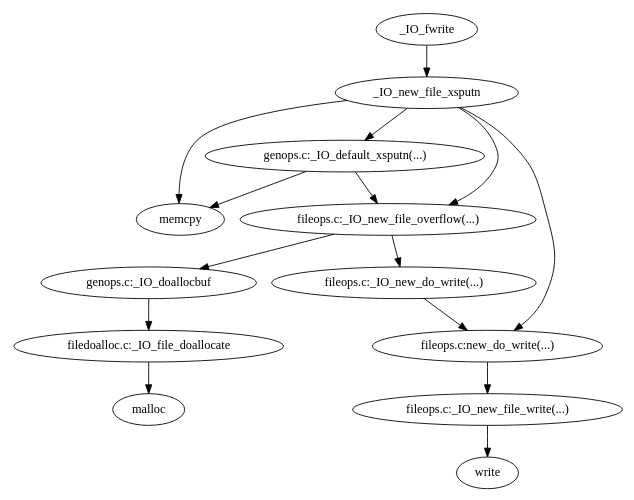
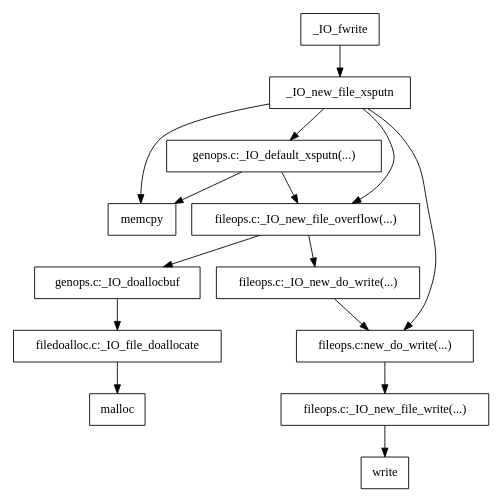
One commit to ReedLeo/ctf_practice changed the diagram in learn_heap/learn_io_pointer/fwrite/fwrite_call_graph.md. Above: the diagram before and after it, drawn with Graphviz. The commit also changed 4 other files, not shown here.

````diff
--- a/learn_heap/learn_io_pointer/fwrite/fwrite_call_graph.md
+++ b/learn_heap/learn_io_pointer/fwrite/fwrite_call_graph.md
@@ -1,33 +1,34 @@
 ```graphviz
 digraph fwrite_call_graph {
     rankdir=TD;
     size="8,5"
+    node[shape="box"]
 
     fwrite -> _IO_xputn;
         _IO_xputn -> memcpy;
         _IO_xputn -> _IO_OVERFLOW;
             _IO_OVERFLOW -> _IO_doallocbuf;
                 _IO_doallocbuf -> _IO_DOALLOCATE;
                     _IO_DOALLOCATE -> malloc;
             _IO_OVERFLOW -> _IO_new_do_write;
                 _IO_new_do_write -> new_do_write;
         _IO_xputn -> new_do_write;
             new_do_write -> _IO_SYSWRITE;
                 _IO_SYSWRITE -> write;
         _IO_xputn -> _IO_default_xsputn;
             _IO_default_xsputn -> memcpy;
             _IO_default_xsputn -> _IO_OVERFLOW;
     
 
     fwrite [label="_IO_fwrite"];
     _IO_xputn [label="_IO_new_file_xsputn"];
     _IO_OVERFLOW [label="fileops.c:_IO_new_file_overflow(...)"];
     new_do_write [label="fileops.c:new_do_write(...)"];
     _IO_SYSWRITE [label="fileops.c:_IO_new_file_write(...)"];
     _IO_default_xsputn [label = "genops.c:_IO_default_xsputn(...)"];
     _IO_doallocbuf [label = "genops.c:_IO_doallocbuf"];
     _IO_DOALLOCATE [label = "filedoalloc.c:_IO_file_doallocate"];
     _IO_new_do_write [label = "fileops.c:_IO_new_do_write(...)"];
 
 }
 ```
````
